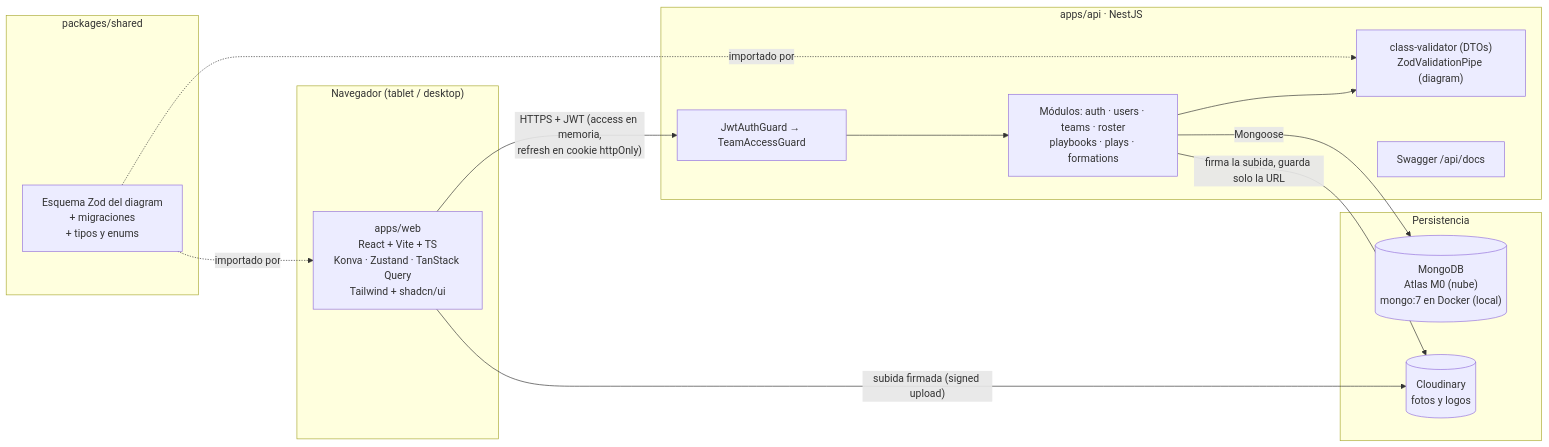
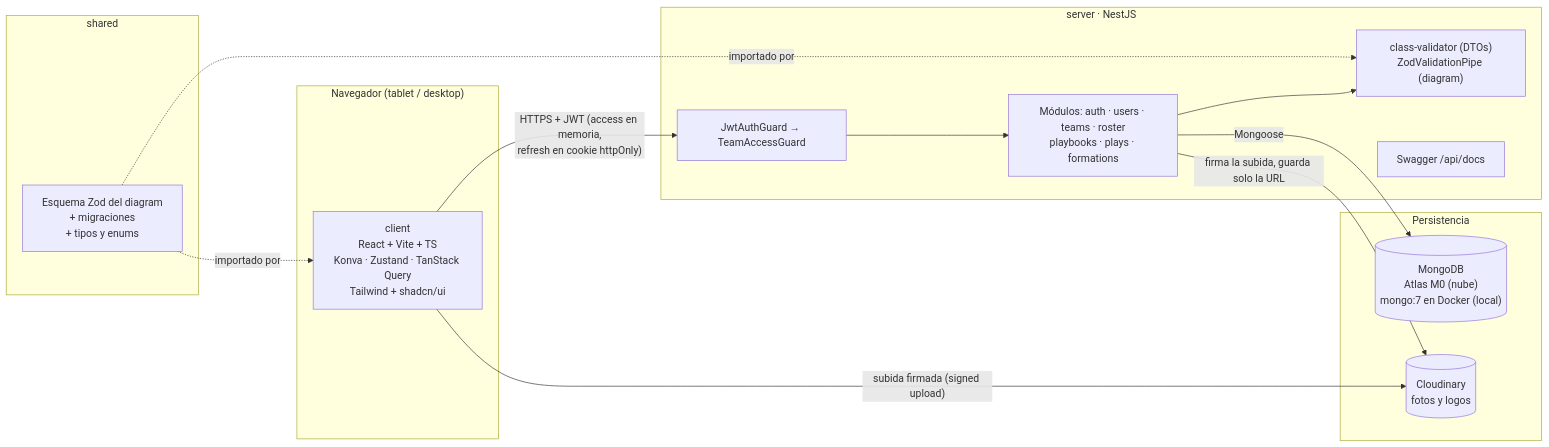
The first of 2 diagrams in docs/plan-fase1.md (sejotaz/playbook-pro), drawn with Mermaid before and after one commit. The commit also changed other lines of this file and 67 other files, not shown here.

First line of the commit message:
Pasar a npm, separar client/server/shared y conectar MongoDB

````diff
--- a/docs/plan-fase1.md
+++ b/docs/plan-fase1.md
@@ -24,31 +24,31 @@
 ```mermaid
 flowchart LR
   subgraph Cliente["Navegador (tablet / desktop)"]
-    WEB["apps/web<br/>React + Vite + TS<br/>Konva · Zustand · TanStack Query<br/>Tailwind + shadcn/ui"]
+    WEB["client<br/>React + Vite + TS<br/>Konva · Zustand · TanStack Query<br/>Tailwind + shadcn/ui"]
   end
 
-  subgraph Shared["packages/shared"]
+  subgraph Shared["shared"]
     ZOD["Esquema Zod del diagram<br/>+ migraciones<br/>+ tipos y enums"]
   end
 
-  subgraph Backend["apps/api · NestJS"]
+  subgraph Backend["server · NestJS"]
     GUARDS["JwtAuthGuard → TeamAccessGuard"]
     MODS["Módulos: auth · users · teams · roster<br/>playbooks · plays · formations"]
     VALID["class-validator (DTOs)<br/>ZodValidationPipe (diagram)"]
     SWAG["Swagger /api/docs"]
   end
 
   subgraph Datos["Persistencia"]
     MONGO[("MongoDB<br/>Atlas M0 (nube)<br/>mongo:7 en Docker (local)")]
     CLOUD[("Cloudinary<br/>fotos y logos")]
   end
 
   WEB -- "HTTPS + JWT (access en memoria,<br/>refresh en cookie httpOnly)" --> GUARDS
   GUARDS --> MODS
   MODS --> VALID
   MODS -- "Mongoose" --> MONGO
   WEB -- "subida firmada (signed upload)" --> CLOUD
   MODS -- "firma la subida, guarda solo la URL" --> CLOUD
   ZOD -. "importado por" .-> WEB
   ZOD -. "importado por" .-> VALID
 ```
````
